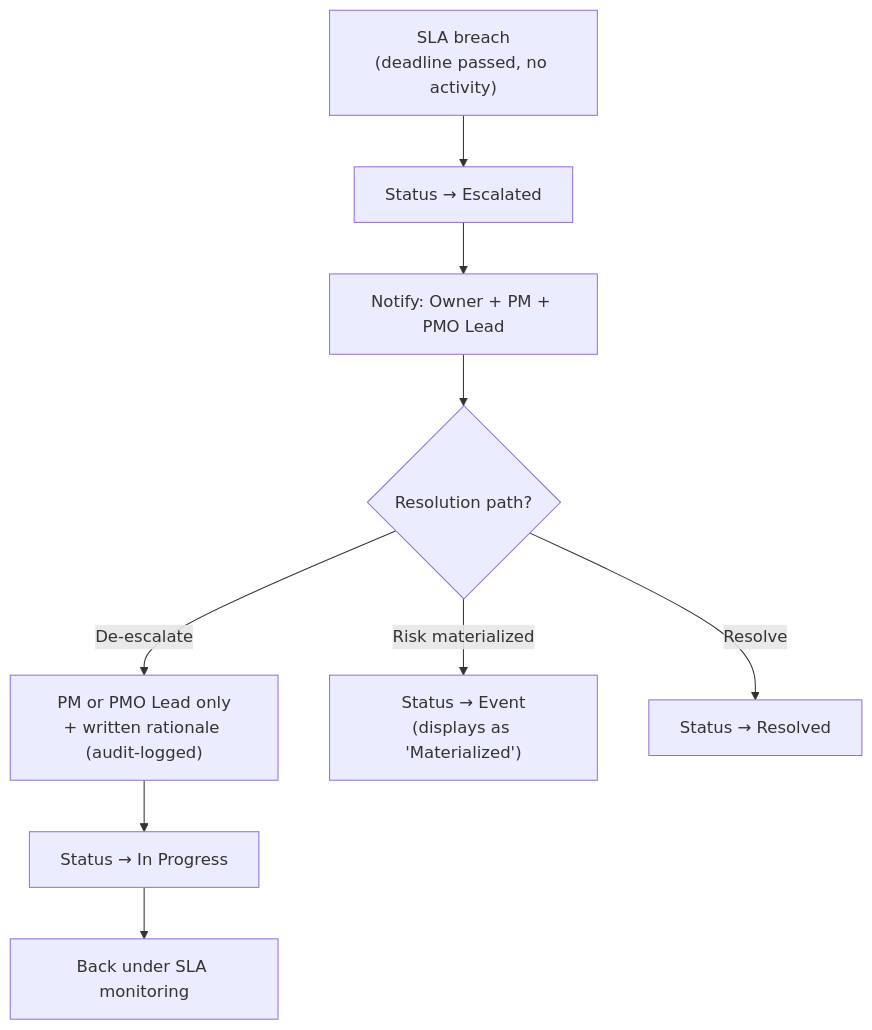
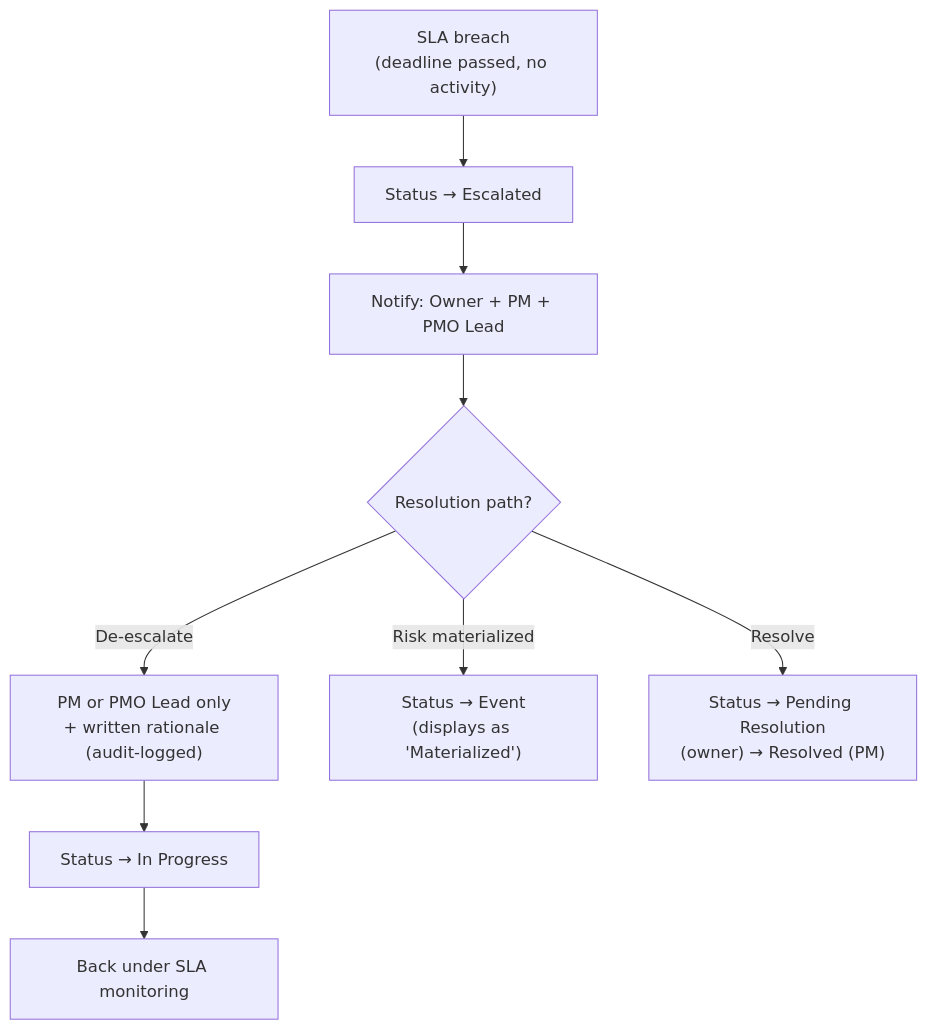
One commit to BelloOlawale/Pmo-risk-reccurrence changed the eighth of 11 diagrams in PROCESS_FLOW.md. Above: the diagram before and after it, drawn with Mermaid. The commit also changed other lines of this file and 29 other files, not shown here.

First line of the commit message:
feat(ui,risk): enterprise sign-in redesign + pending-resolution workflow

````diff
--- a/PROCESS_FLOW.md
+++ b/PROCESS_FLOW.md
@@ -266,11 +266,11 @@
 ```mermaid
 flowchart TD
     A["SLA breach<br/>(deadline passed, no activity)"] --> B["Status → Escalated"]
     B --> C["Notify: Owner + PM + PMO Lead"]
     C --> D{"Resolution path?"}
     D -->|"De-escalate"| E["PM or PMO Lead only<br/>+ written rationale (audit-logged)"]
     E --> F["Status → In Progress"]
     F --> G["Back under SLA monitoring"]
     D -->|"Risk materialized"| H["Status → Event<br/>(displays as 'Materialized')"]
-    D -->|"Resolve"| I["Status → Resolved"]
+    D -->|"Resolve"| I["Status → Pending Resolution<br/>(owner) → Resolved (PM)"]
 ```
````
